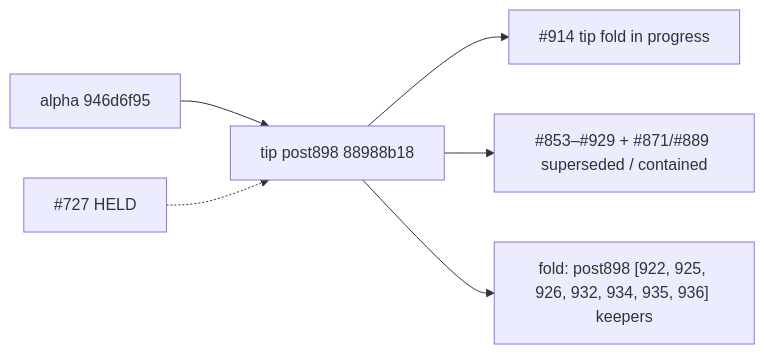
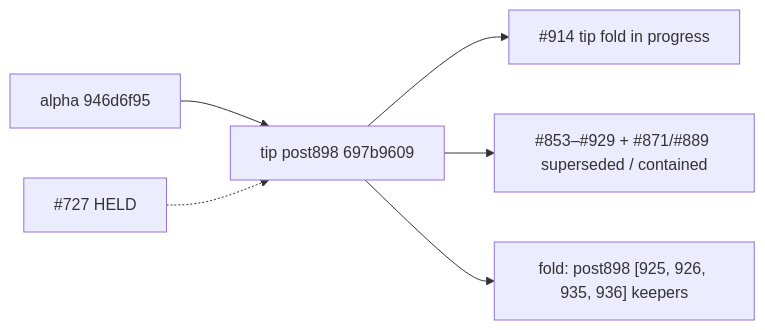
The second of 2 diagrams in docs/dev/open-draft-triage-post898-v4-2026-10-10.md (fuzzywigg/math-pentathlon), drawn with Mermaid before and after one commit. The commit also changed other lines of this file and 2 other files, not shown here.

First line of the commit message:
docs(q-mp-444): final tip stamp 697b9609 for triage v4

````diff
--- a/docs/dev/open-draft-triage-post898-v4-2026-10-10.md
+++ b/docs/dev/open-draft-triage-post898-v4-2026-10-10.md
@@ -121,8 +121,8 @@
 ```mermaid
 flowchart LR
-  alphaCut["alpha 946d6f95"] --> tip898["tip post898 88988b18"]
+  alphaCut["alpha 946d6f95"] --> tip898["tip post898 697b9609"]
   tip898 --> tipPr["#914 tip fold in progress"]
   tip898 --> supersededStack["#853–#929 + #871/#889 superseded / contained"]
-  tip898 --> foldReady["fold: post898 [922, 925, 926, 932, 934, 935, 936] keepers"]
+  tip898 --> foldReady["fold: post898 [925, 926, 935, 936] keepers"]
   held727["#727 HELD"] -.-> tip898
 ```
````
